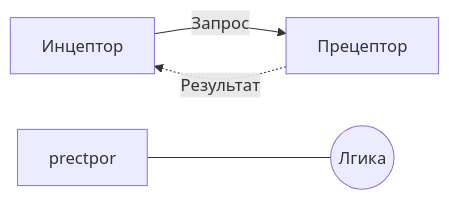
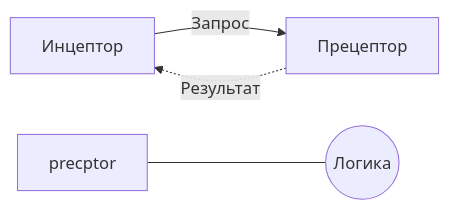
One commit to johnthesmith/scraps changed the diagram in ru/msa.md. Above: the diagram before and after it, drawn with Mermaid.

Commit message:
Inceptor&Preceptor

````diff
--- a/ru/msa.md
+++ b/ru/msa.md
@@ -11,10 +11,10 @@
 ```mermaid
 graph LR;
     inceptor[Инцептор]
     preceptor[Прецептор]
-    rig((Лгика))
+    rig((Логика))
 
     inceptor --> |Запрос| preceptor;
     preceptor -.-> |Результат| inceptor;
-    prectpor --- rig
+    precptor --- rig
 ```
````
